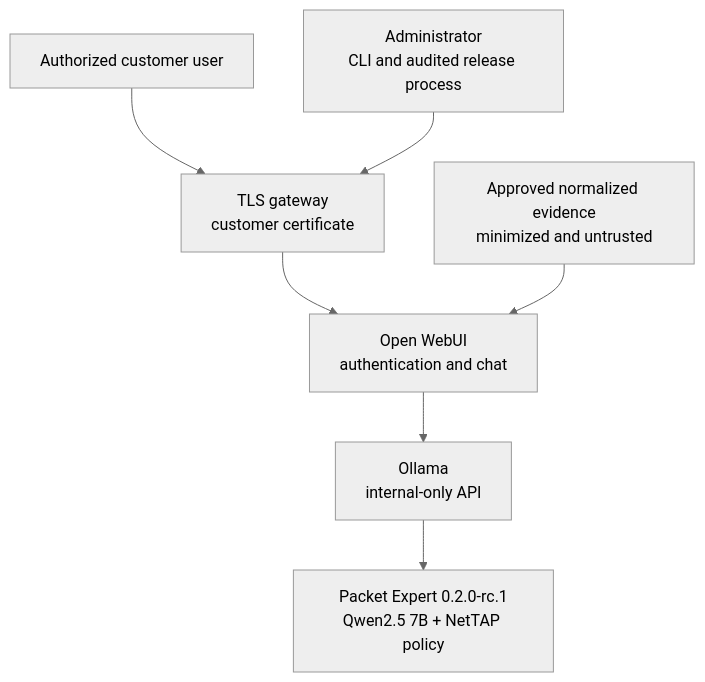
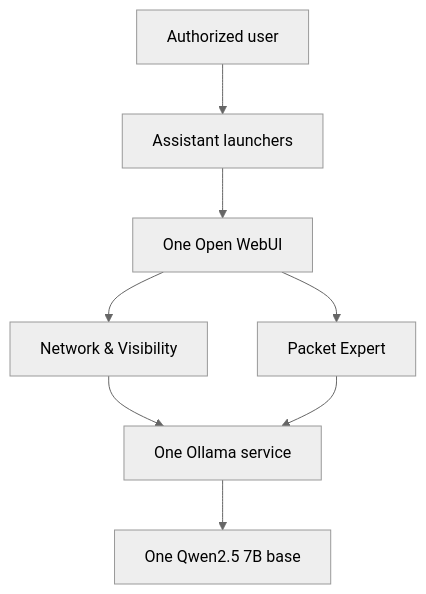
Before and after one commit to mpdwyer2367/nettap-packet-expert: the diagram in README.md, drawn with Mermaid (neutral theme). The commit also changed other lines of this file and 62 other files, not shown here.

Commit message:
Unify NetTAP AI assistants on shared runtime

````diff
--- a/README.md
+++ b/README.md
@@ -24,9 +20,10 @@
 ```mermaid
 flowchart TB
-    U["Authorized customer user"] --> G["TLS gateway<br/>customer certificate"]
-    G --> W["Open WebUI<br/>authentication and chat"]
-    W --> O["Ollama<br/>internal-only API"]
-    O --> M["Packet Expert 0.2.0-rc.1<br/>Qwen2.5 7B + NetTAP policy"]
-    E["Approved normalized evidence<br/>minimized and untrusted"] --> W
-    A["Administrator<br/>CLI and audited release process"] --> G
+    U["Authorized user"] --> L["Assistant launchers"]
+    L --> W["One Open WebUI"]
+    W --> V["Network & Visibility"]
+    W --> P["Packet Expert"]
+    V --> O["One Ollama service"]
+    P --> O
+    O --> Q["One Qwen2.5 7B base"]
 ```
````
